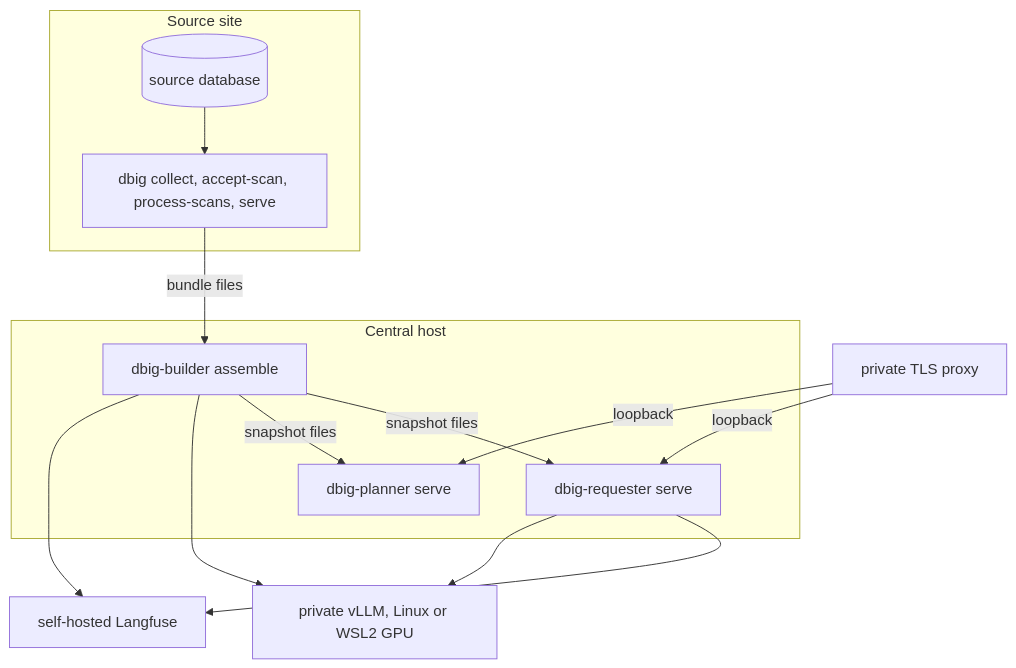
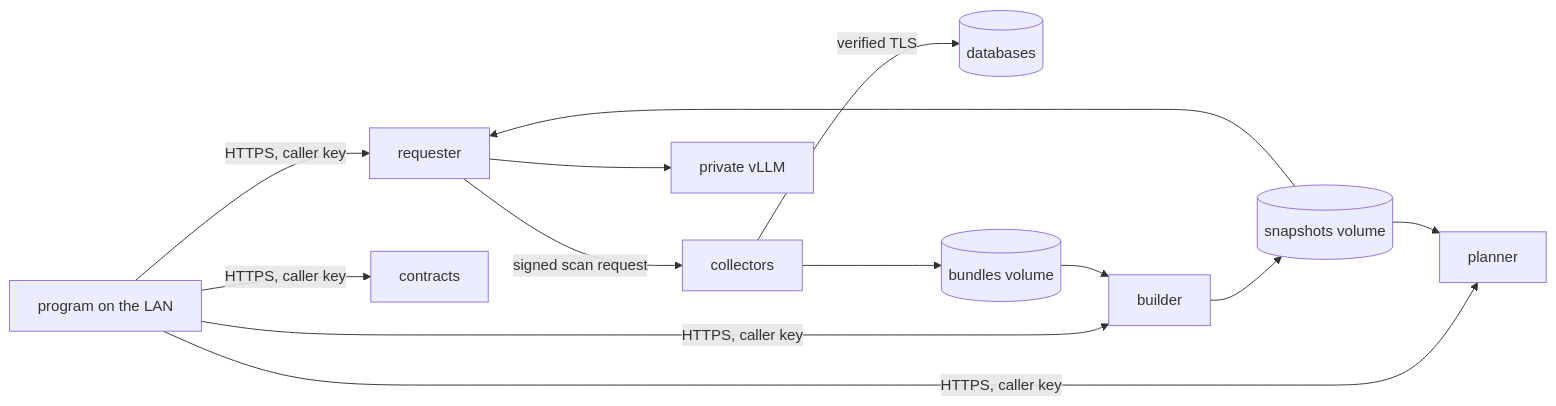
The second of 5 diagrams in ARCHITECTURE.md (bayern4teams/db-catalogue), drawn with Mermaid before and after one commit. The commit also changed other lines of this file and 41 other files, not shown here.

````diff
--- a/ARCHITECTURE.md
+++ b/ARCHITECTURE.md
@@ -36,25 +36,15 @@
 ```mermaid
-flowchart TB
-  subgraph site[Source site]
-    DB[(source database)]
-    COL["dbig collect, accept-scan, process-scans, serve"]
-    DB --> COL
-  end
-  subgraph central[Central host]
-    BLD["dbig-builder assemble"]
-    REQ["dbig-requester serve"]
-    PLN["dbig-planner serve"]
-  end
-  GPU["private vLLM, Linux or WSL2 GPU"]
-  LF["self-hosted Langfuse"]
-  PROXY["private TLS proxy"]
-  COL -->|bundle files| BLD
-  BLD -->|snapshot files| REQ
-  BLD -->|snapshot files| PLN
-  BLD --> GPU
-  BLD --> LF
-  REQ --> LF
-  REQ --> GPU
-  PROXY -->|loopback| REQ
-  PROXY -->|loopback| PLN
+flowchart LR
+  caller[program on the LAN] -->|HTTPS, caller key| requester
+  caller -->|HTTPS, caller key| planner
+  caller -->|HTTPS, caller key| builder
+  caller -->|HTTPS, caller key| contracts
+  requester -->|signed scan request| collectors
+  requester --> vllm[private vLLM]
+  collectors -->|verified TLS| dbs[(databases)]
+  collectors --> bundles[(bundles volume)]
+  bundles --> builder
+  builder --> snapshots[(snapshots volume)]
+  snapshots --> requester
+  snapshots --> planner
 ```
````
